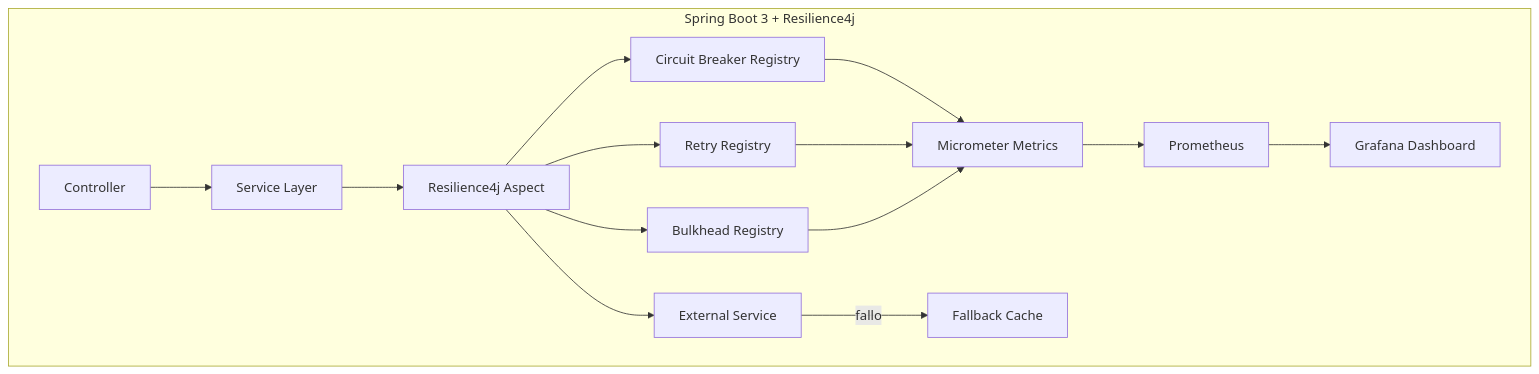
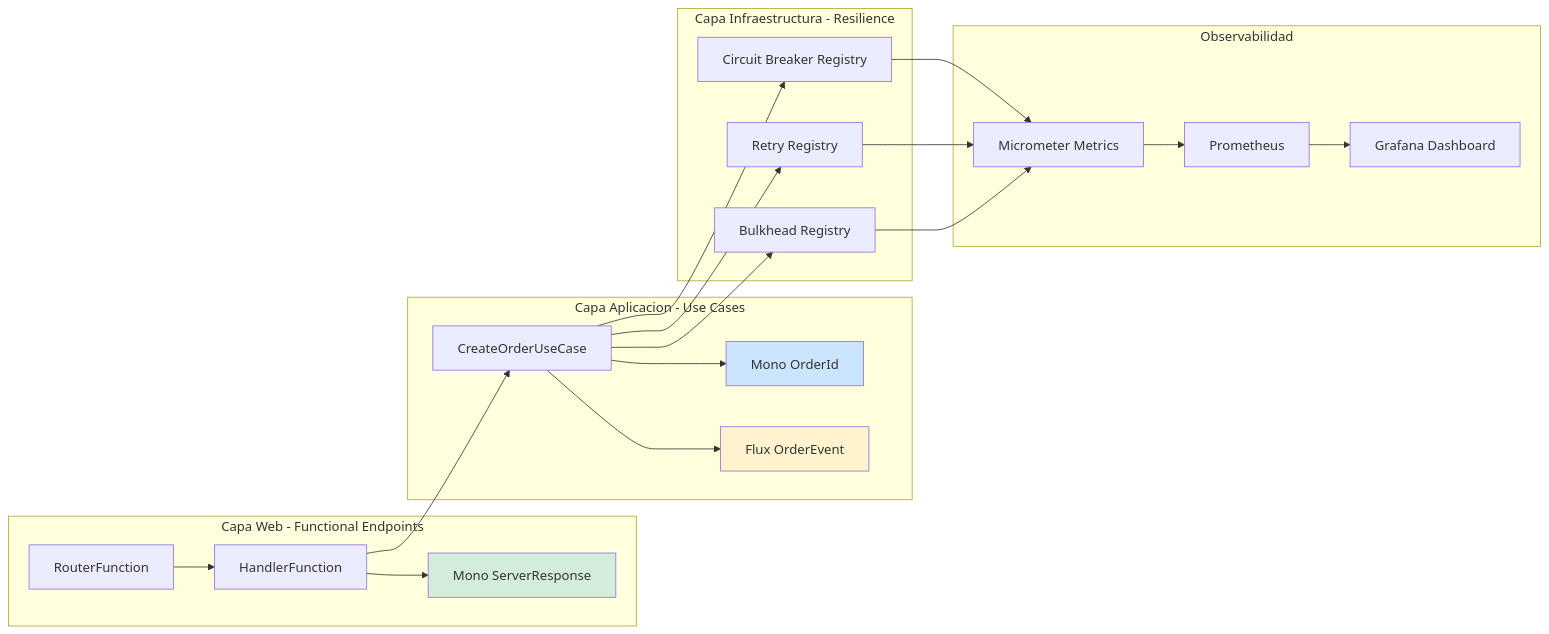
One commit to Joaquinriosheredia/DAM-Java-Mastery changed the second of 4 diagrams in 03_Spring_Ecosystem/resilience4j_circuit_breaker_retry_bulkhead_spring_boot_3_STAFF.md. Above: the diagram before and after it, drawn with Mermaid. The commit also changed other lines of this file, not shown here.

Commit message:
resilience4j_circuit_breaker_retry_bulkhead_spring_boot_3_STAFF.md

````diff
--- a/03_Spring_Ecosystem/resilience4j_circuit_breaker_retry_bulkhead_spring_boot_3_STAFF.md
+++ b/03_Spring_Ecosystem/resilience4j_circuit_breaker_retry_bulkhead_spring_boot_3_STAFF.md
@@ -152,17 +162,38 @@
 ```mermaid
-graph TD
-    subgraph "Spring Boot 3 + Resilience4j"
-        CONT[Controller] --> SVC[Service Layer]
-        SVC --> RES[Resilience4j Aspect]
-        RES --> CB[Circuit Breaker Registry]
-        RES --> RET[Retry Registry]
-        RES --> BH[Bulkhead Registry]
-        CB --> MET[Micrometer Metrics]
-        RET --> MET
-        BH --> MET
-        MET --> PROM[Prometheus]
-        PROM --> GRAF[Grafana Dashboard]
-        RES --> EXT[External Service]
-        EXT -->|fallo| CACHE[Fallback Cache]
+graph LR
+    subgraph "Capa Web - Functional Endpoints"
+        ROUTER[RouterFunction] --> HANDLER[HandlerFunction]
+        HANDLER --> MONO_RESP[Mono ServerResponse]
     end
+    
+    subgraph "Capa Aplicacion - Use Cases"
+        USECASE[CreateOrderUseCase] --> MONO_ID[Mono OrderId]
+        USECASE --> FLUX_EVENTS[Flux OrderEvent]
+    end
+    
+    subgraph "Capa Infraestructura - Resilience"
+        CB[Circuit Breaker Registry]
+        RET[Retry Registry]
+        BH[Bulkhead Registry]
+    end
+    
+    subgraph "Observabilidad"
+        MET[Micrometer Metrics]
+        PROM[Prometheus]
+        GRAF[Grafana Dashboard]
+    end
+    
+    HANDLER --> USECASE
+    USECASE --> CB
+    USECASE --> RET
+    USECASE --> BH
+    CB --> MET
+    RET --> MET
+    BH --> MET
+    MET --> PROM
+    PROM --> GRAF
+    
+    style MONO_RESP fill:#d4edda
+    style MONO_ID fill:#cce5ff
+    style FLUX_EVENTS fill:#fff3cd
 ```
````
